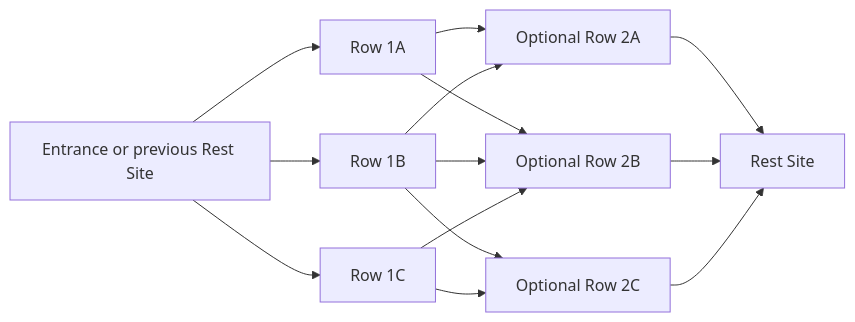
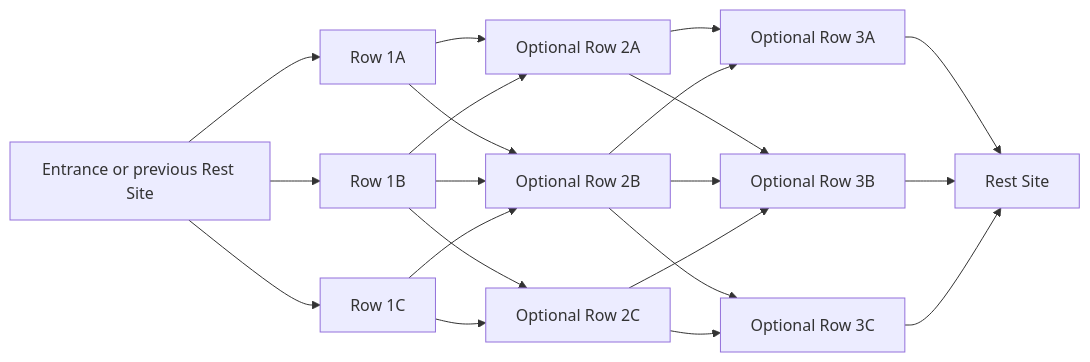
Before and after one commit to Dryppie/legends-legacy: the second of 2 diagrams in docs/dungeon-run-experience-implementation-status.md, drawn with Mermaid. The commit also changed other lines of this file, not shown here.

````diff
--- a/docs/dungeon-run-experience-implementation-status.md
+++ b/docs/dungeon-run-experience-implementation-status.md
@@ -187,16 +188,23 @@
 ```mermaid
 flowchart LR
     S["Entrance or previous Rest Site"] --> A1["Row 1A"]
     S --> A2["Row 1B"]
     S --> A3["Row 1C"]
     A1 --> B1["Optional Row 2A"]
     A1 --> B2["Optional Row 2B"]
     A2 --> B1
     A2 --> B2
     A2 --> B3["Optional Row 2C"]
     A3 --> B2
     A3 --> B3
-    B1 --> R["Rest Site"]
-    B2 --> R
-    B3 --> R
+    B1 --> C1["Optional Row 3A"]
+    B1 --> C2["Optional Row 3B"]
+    B2 --> C1
+    B2 --> C2
+    B2 --> C3["Optional Row 3C"]
+    B3 --> C2
+    B3 --> C3
+    C1 --> R["Rest Site"]
+    C2 --> R
+    C3 --> R
 ```
````
